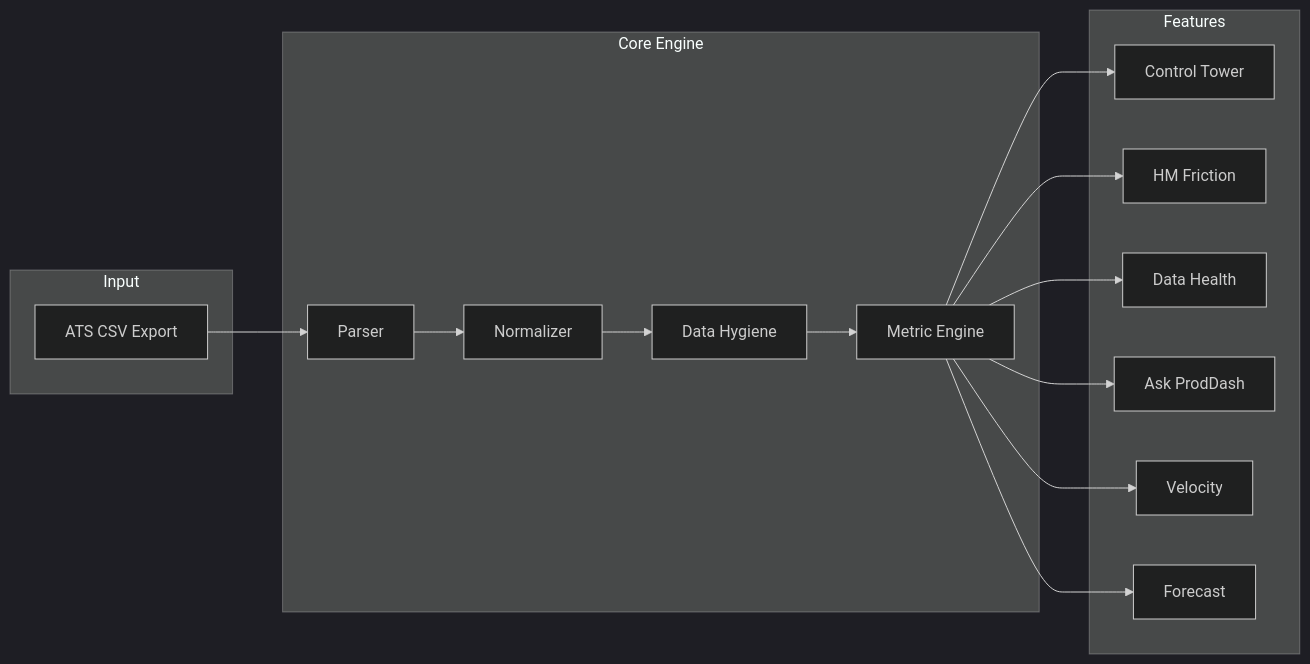
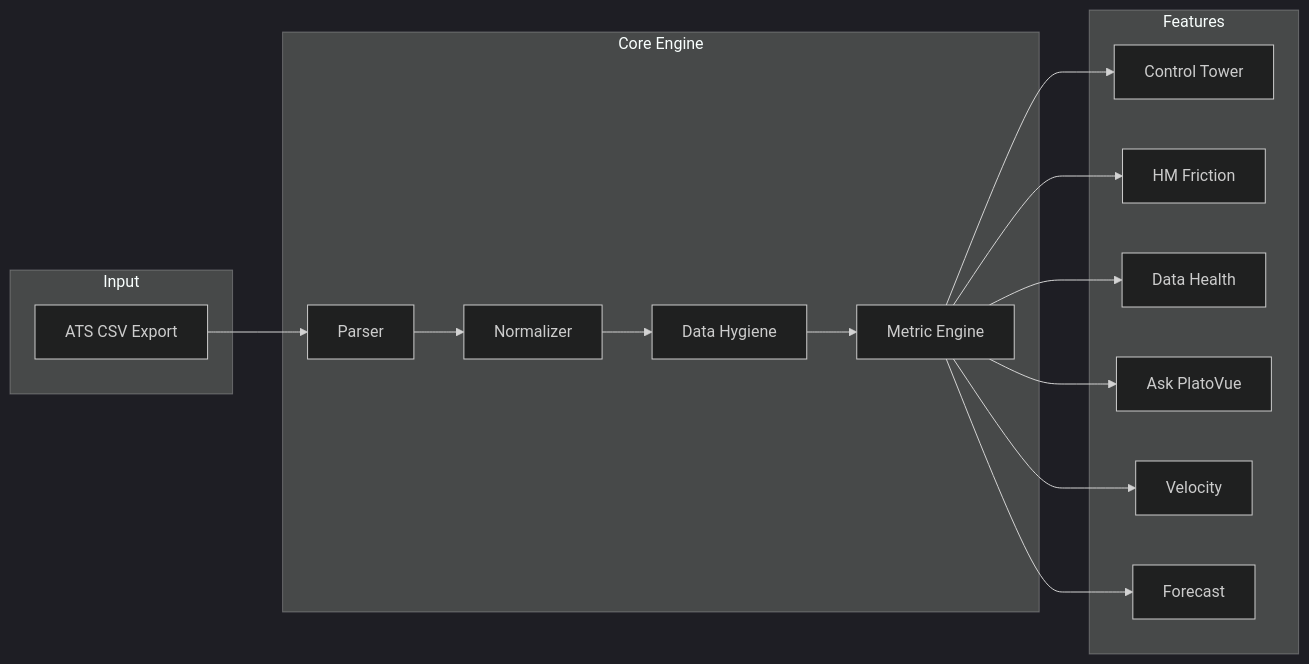
The second of 3 diagrams in docs/PRESENTATION_VISUALS.md (aidanbiggins/ProdDash), drawn with Mermaid (dark theme) before and after one commit. The commit also changed other lines of this file and 88 other files, not shown here.

First line of the commit message:
feat: Rebrand ProdDash to PlatoVue and apply v0 UI polish

````diff
--- a/docs/PRESENTATION_VISUALS.md
+++ b/docs/PRESENTATION_VISUALS.md
@@ -38,30 +38,30 @@
 ```mermaid
 flowchart LR
     subgraph Input
         CSV[ATS CSV Export]
     end
 
     subgraph Core Engine
         Parse[Parser]
         Norm[Normalizer]
         Clean[Data Hygiene]
         Metrics[Metric Engine]
     end
 
     subgraph Features
         CT[Control Tower]
         HM[HM Friction]
         DH[Data Health]
-        Ask[Ask ProdDash]
+        Ask[Ask PlatoVue]
         Vel[Velocity]
         FC[Forecast]
     end
 
     CSV --> Parse --> Norm --> Clean --> Metrics
     Metrics --> CT
     Metrics --> HM
     Metrics --> DH
     Metrics --> Ask
     Metrics --> Vel
     Metrics --> FC
 ```
````
